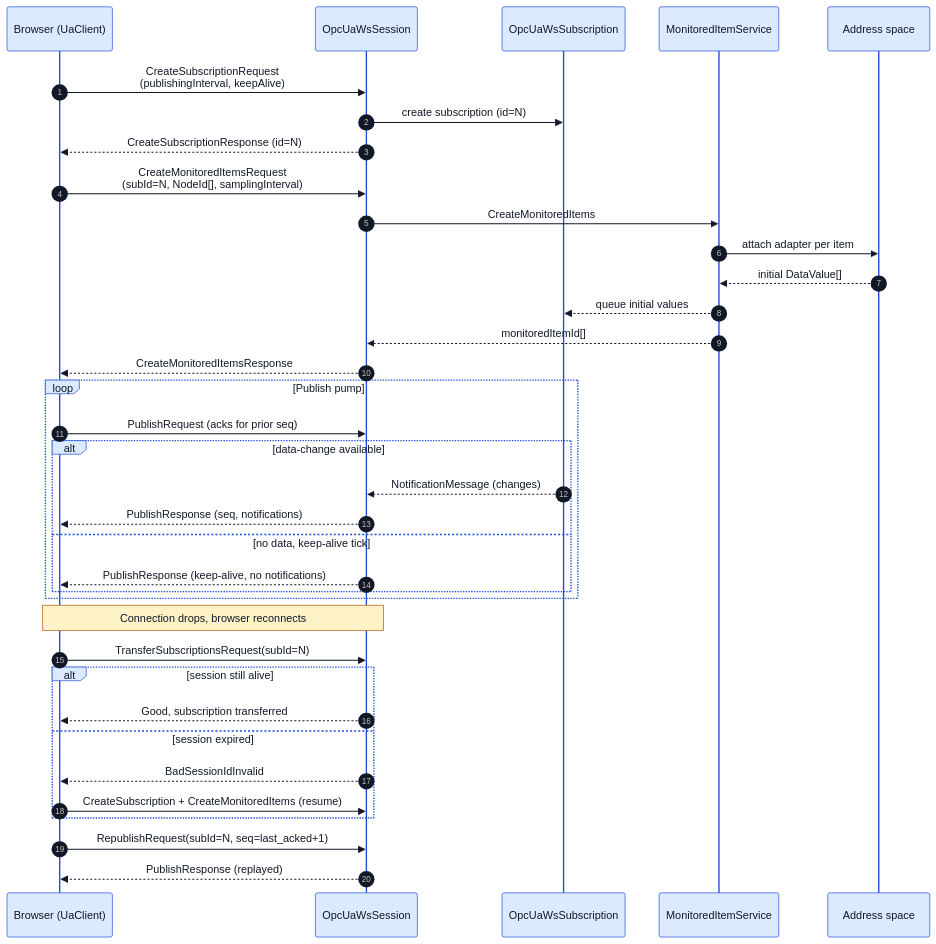
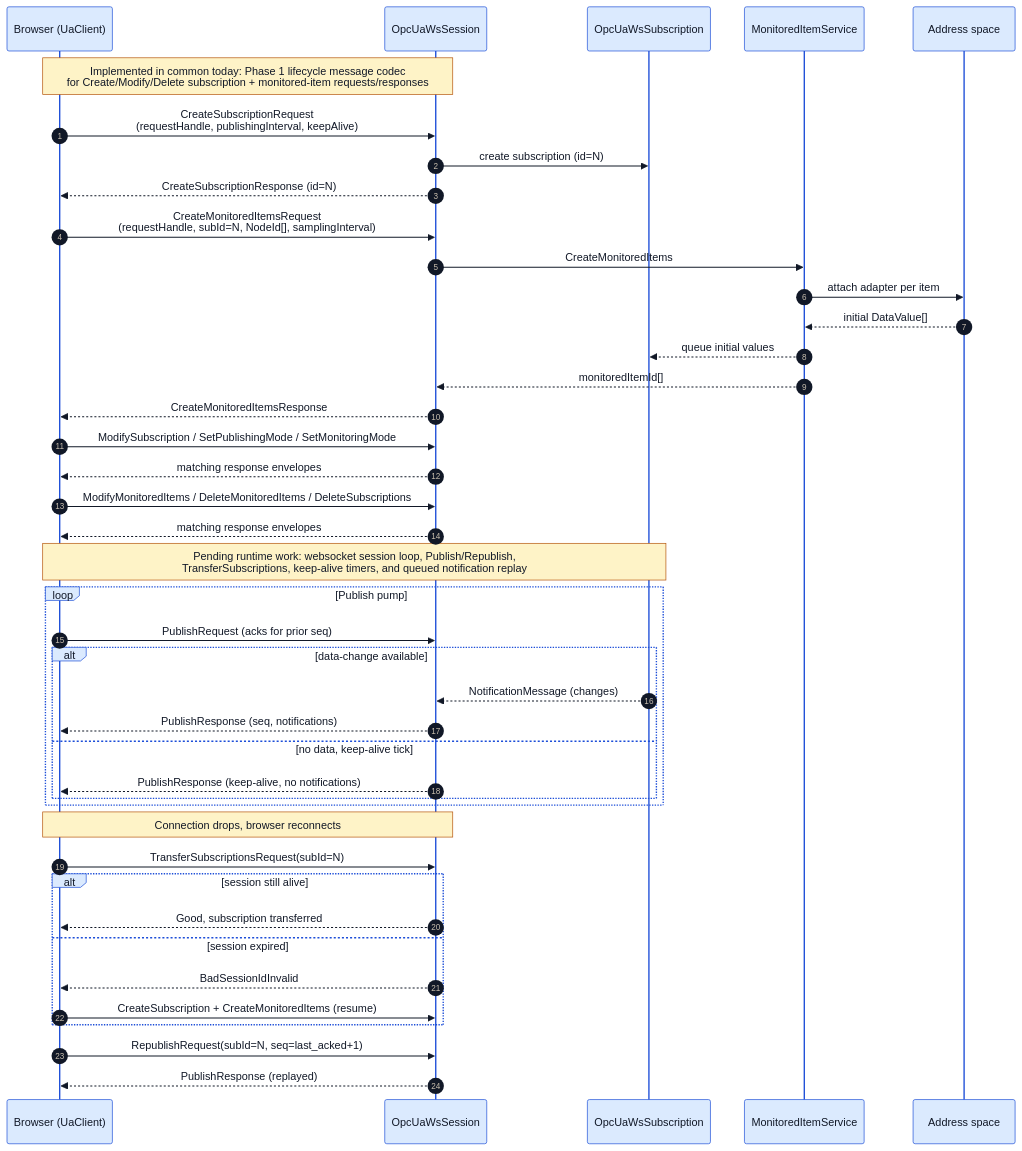
The diagram in docs/opcua_ws_subscription_sequence.mmd (alexsmn/scada-common), drawn with Mermaid before and after one commit. The commit also changed 6 other files, not shown here.

Commit message:
Add opcua_ws phase 1 lifecycle message codec

```diff
--- a/docs/opcua_ws_subscription_sequence.mmd
+++ b/docs/opcua_ws_subscription_sequence.mmd
@@ -1,58 +1,67 @@
 %%{init: {
   'theme': 'base',
   'themeVariables': {
     'background': '#ffffff',
     'primaryColor': '#f3f4f6',
     'primaryBorderColor': '#374151',
     'primaryTextColor': '#111827',
     'lineColor': '#374151',
     'actorBkg': '#dbeafe',
     'actorBorder': '#1d4ed8',
     'actorTextColor': '#111827',
     'noteBkgColor': '#fef3c7',
     'noteBorderColor': '#b45309',
     'noteTextColor': '#111827'
   }
 }}%%
 sequenceDiagram
     autonumber
     participant B as Browser (UaClient)
     participant S as OpcUaWsSession
     participant SUB as OpcUaWsSubscription
     participant MI as MonitoredItemService
     participant AS as Address space
 
-    B->>S: CreateSubscriptionRequest<br/>(publishingInterval, keepAlive)
+    Note over B,S: Implemented in common today: Phase 1 lifecycle message codec<br/>for Create/Modify/Delete subscription + monitored-item requests/responses
+
+    B->>S: CreateSubscriptionRequest<br/>(requestHandle, publishingInterval, keepAlive)
     S->>SUB: create subscription (id=N)
     S-->>B: CreateSubscriptionResponse (id=N)
 
-    B->>S: CreateMonitoredItemsRequest<br/>(subId=N, NodeId[], samplingInterval)
+    B->>S: CreateMonitoredItemsRequest<br/>(requestHandle, subId=N, NodeId[], samplingInterval)
     S->>MI: CreateMonitoredItems
     MI->>AS: attach adapter per item
     AS-->>MI: initial DataValue[]
     MI-->>SUB: queue initial values
     MI-->>S: monitoredItemId[]
     S-->>B: CreateMonitoredItemsResponse
+
+    B->>S: ModifySubscription / SetPublishingMode / SetMonitoringMode
+    S-->>B: matching response envelopes
+    B->>S: ModifyMonitoredItems / DeleteMonitoredItems / DeleteSubscriptions
+    S-->>B: matching response envelopes
+
+    Note over B,SUB: Pending runtime work: websocket session loop, Publish/Republish,<br/>TransferSubscriptions, keep-alive timers, and queued notification replay
 
     loop Publish pump
         B->>S: PublishRequest (acks for prior seq)
         alt data-change available
             SUB-->>S: NotificationMessage (changes)
             S-->>B: PublishResponse (seq, notifications)
         else no data, keep-alive tick
             S-->>B: PublishResponse (keep-alive, no notifications)
         end
     end
 
     Note over B,S: Connection drops, browser reconnects
 
     B->>S: TransferSubscriptionsRequest(subId=N)
     alt session still alive
         S-->>B: Good, subscription transferred
     else session expired
         S-->>B: BadSessionIdInvalid
         B->>S: CreateSubscription + CreateMonitoredItems (resume)
     end
 
     B->>S: RepublishRequest(subId=N, seq=last_acked+1)
     S-->>B: PublishResponse (replayed)
```
